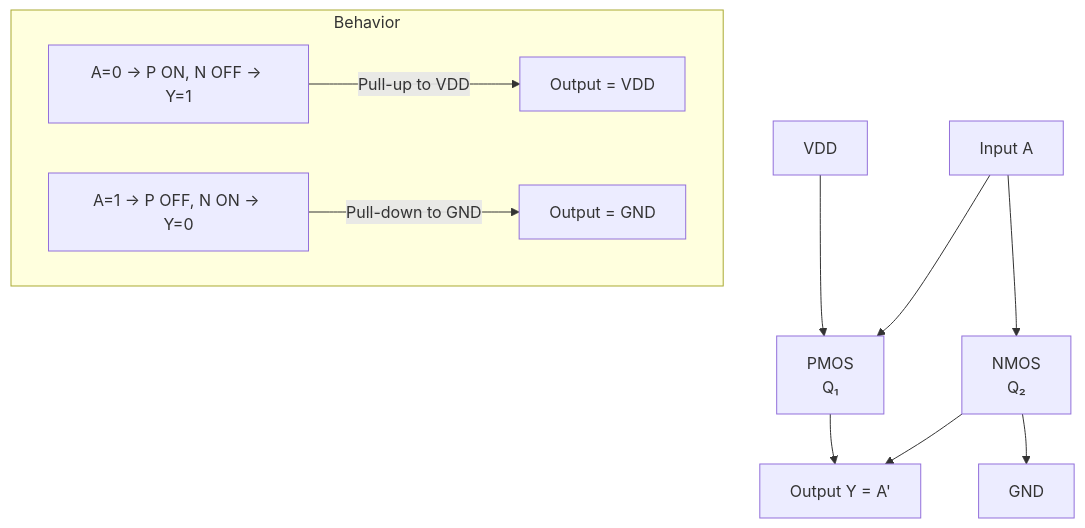
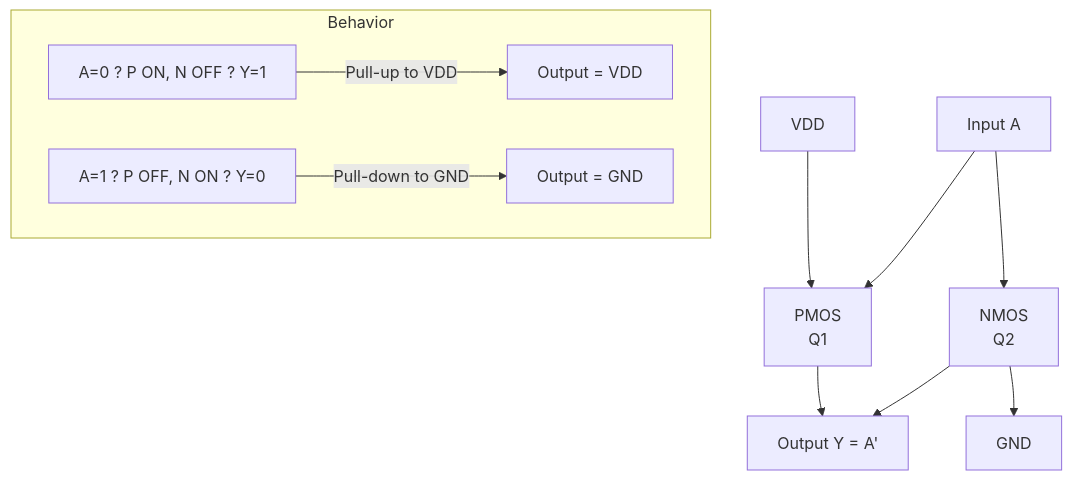
The ninth of 9 diagrams in docs/courses/digital-logic/03-logic-gates.md (Raushan666java/ai-engineering-journey), drawn with Mermaid before and after one commit. The commit also changed other lines of this file and 790 other files, not shown here.

Commit message:
Sync all course diagram renders and content updates

````diff
--- a/docs/courses/digital-logic/03-logic-gates.md
+++ b/docs/courses/digital-logic/03-logic-gates.md
@@ -744,13 +744,13 @@
 ```mermaid
 flowchart TD
-    VDD[VDD] --> P[PMOS<br/>Q₁]
+    VDD[VDD] --> P[PMOS<br/>Q1]
     Input[Input A] --> P
-    Input --> N[NMOS<br/>Q₂]
+    Input --> N[NMOS<br/>Q2]
     P --> Output[Output Y = A']
     N --> Output
     N --> GND[GND]
     subgraph Behavior
-        A1["A=0 → P ON, N OFF → Y=1"] -->|Pull-up to VDD| H[Output = VDD]
-        A0["A=1 → P OFF, N ON → Y=0"] -->|Pull-down to GND| L[Output = GND]
+        A1["A=0 ? P ON, N OFF ? Y=1"] -->|Pull-up to VDD| H[Output = VDD]
+        A0["A=1 ? P OFF, N ON ? Y=0"] -->|Pull-down to GND| L[Output = GND]
     end
 ```
````
